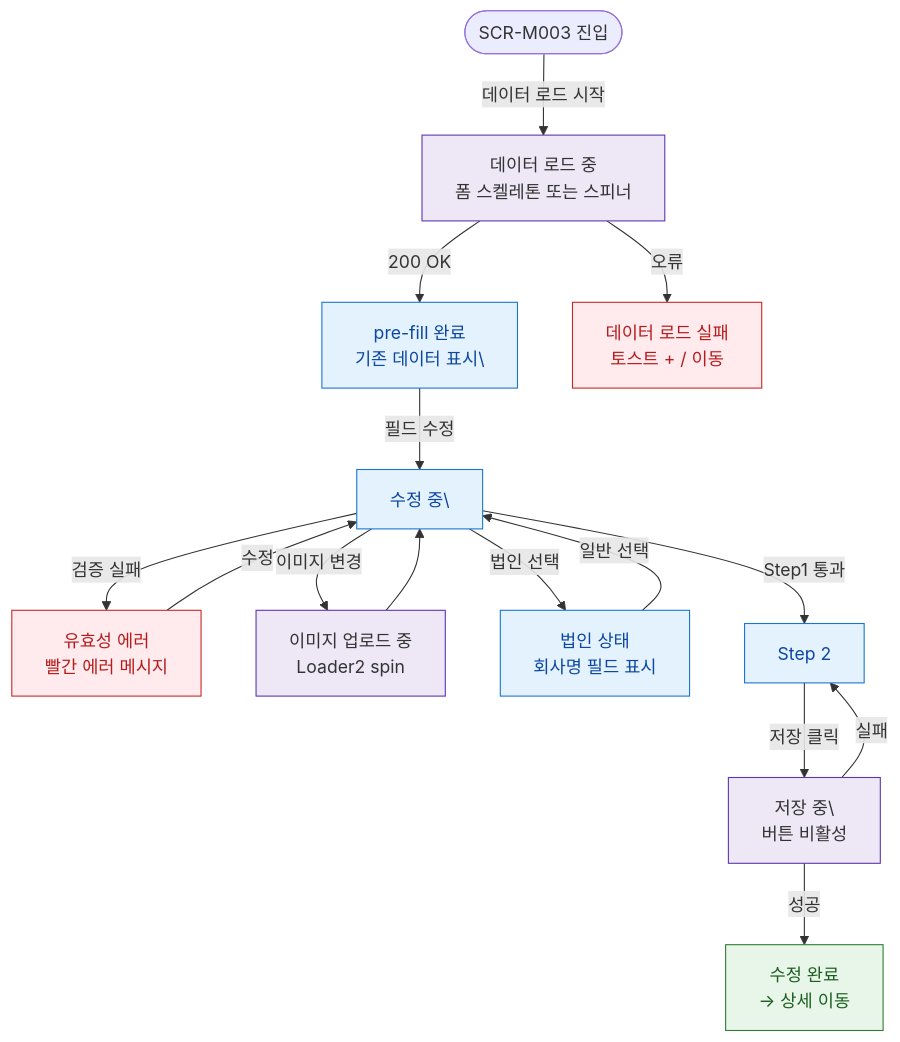
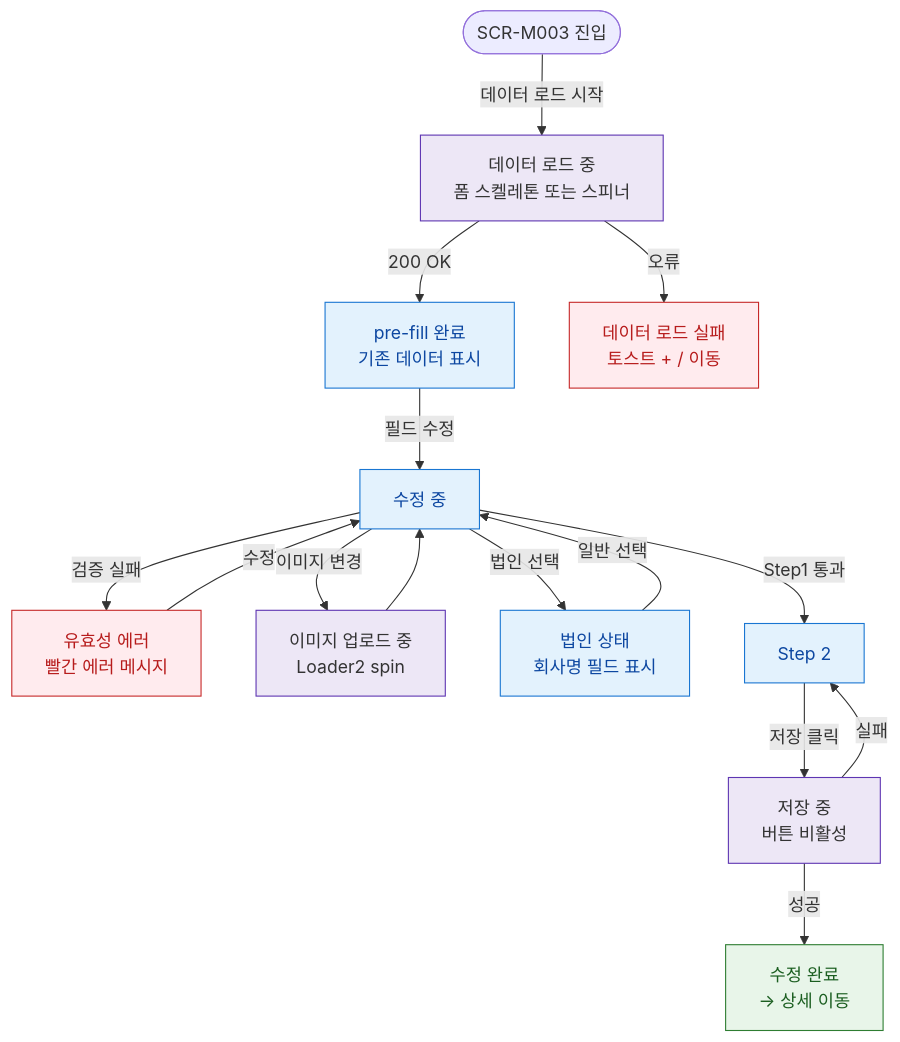
Before and after one commit to dev-spogym/admin-pando: the diagram in docs/admin/다이어그램/D02_회원관리/SCR-M003_회원수정/F6_상태별.md, drawn with Mermaid. The commit also changed 369 other files, not shown here.

````diff
--- a/docs/admin/다이어그램/D02_회원관리/SCR-M003_회원수정/F6_상태별.md
+++ b/docs/admin/다이어그램/D02_회원관리/SCR-M003_회원수정/F6_상태별.md
@@ -20,43 +20,43 @@
 ```mermaid
 flowchart TD
   ENTER([SCR-M003 진입])
 
   ENTER -->|데이터 로드 시작|STATE_SKELETON[데이터 로드 중\n폼 스켈레톤 또는 스피너]
 
-  STATE_SKELETON -->|200 OK|STATE_PREFILL[pre-fill 완료\n기존 데이터 표시\]
+  STATE_SKELETON -->|200 OK|STATE_PREFILL[pre-fill 완료\n기존 데이터 표시]
   STATE_SKELETON -->|오류|STATE_LOAD_ERR[데이터 로드 실패\n토스트 + / 이동]
 
-  STATE_PREFILL -->|필드 수정|STATE_DIRTY[수정 중\]
+  STATE_PREFILL -->|필드 수정|STATE_DIRTY[수정 중]
 
   STATE_DIRTY -->|검증 실패|STATE_VALID_ERR[유효성 에러\n빨간 에러 메시지]
   STATE_VALID_ERR -->|수정|STATE_DIRTY
 
   STATE_DIRTY -->|이미지 변경|STATE_IMG_LOADING[이미지 업로드 중\nLoader2 spin]
   STATE_IMG_LOADING --> STATE_DIRTY
 
   STATE_DIRTY -->|법인 선택|STATE_CORP[법인 상태\n회사명 필드 표시]
   STATE_CORP -->|일반 선택|STATE_DIRTY
 
   STATE_DIRTY -->|Step1 통과|STATE_STEP2[Step 2]
-  STATE_STEP2 -->|저장 클릭|STATE_SAVING[저장 중\\n버튼 비활성]
+  STATE_STEP2 -->|저장 클릭|STATE_SAVING[저장 중<br/>버튼 비활성]
 
   STATE_SAVING -->|성공|STATE_DONE[수정 완료\n→ 상세 이동]
   STATE_SAVING -->|실패|STATE_STEP2
 
   classDef screen fill:#E3F2FD,stroke:#1976D2,color:#0D47A1
   classDef modal fill:#FFF3E0,stroke:#F57C00,color:#E65100
   classDef newFeature fill:#F3E5F5,stroke:#9C27B0,stroke-dasharray:5 5
   classDef error fill:#FFEBEE,stroke:#C62828,color:#B71C1C
   classDef success fill:#E8F5E9,stroke:#2E7D32,color:#1B5E20
   classDef warning fill:#FFF8E1,stroke:#F9A825,color:#F57F17
   classDef info fill:#E0F7FA,stroke:#00838F
   classDef system fill:#EDE7F6,stroke:#5E35B2
   classDef external fill:#ECEFF1,stroke:#455A64,stroke-dasharray:3 3
   classDef cron fill:#E0F2F1,stroke:#00695C
   classDef rbacBlocked fill:#F5F5F5,stroke:#9E9E9E,color:#616161
 
   class STATE_PREFILL,STATE_DIRTY,STATE_STEP2,STATE_CORP screen
   class STATE_SKELETON,STATE_IMG_LOADING,STATE_SAVING system
   class STATE_LOAD_ERR,STATE_VALID_ERR error
   class STATE_DONE success
 ```
````
